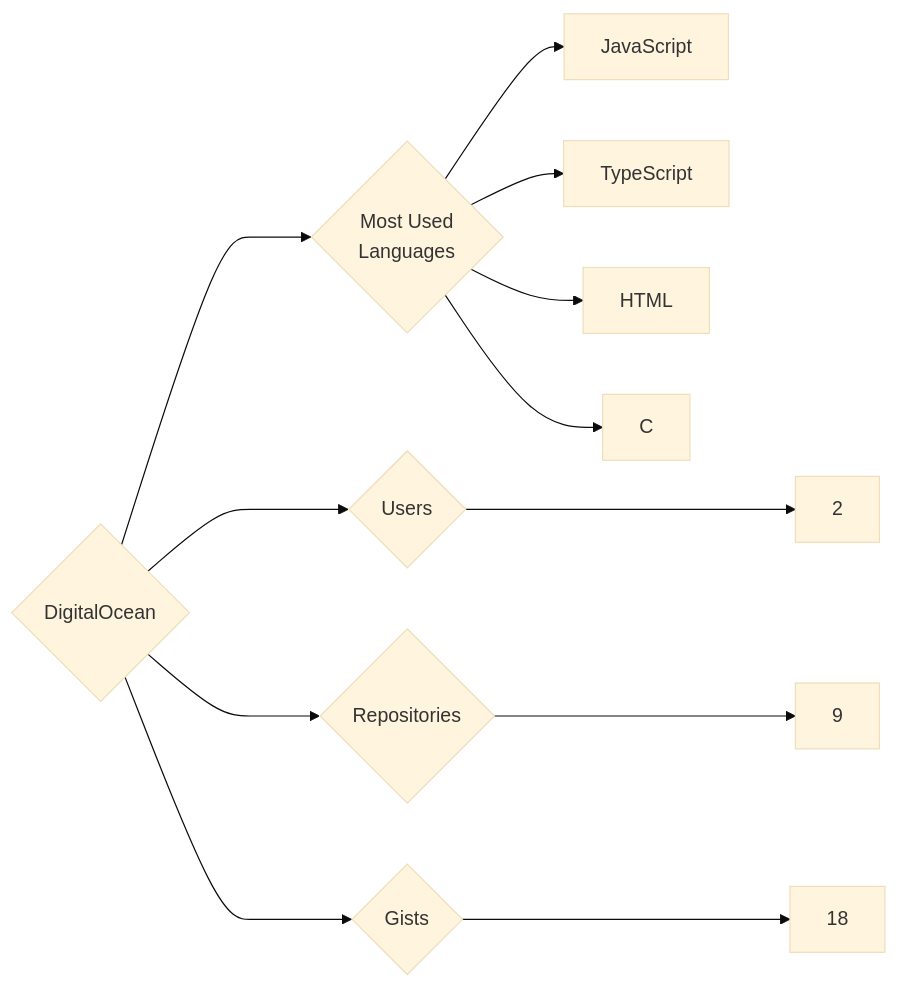
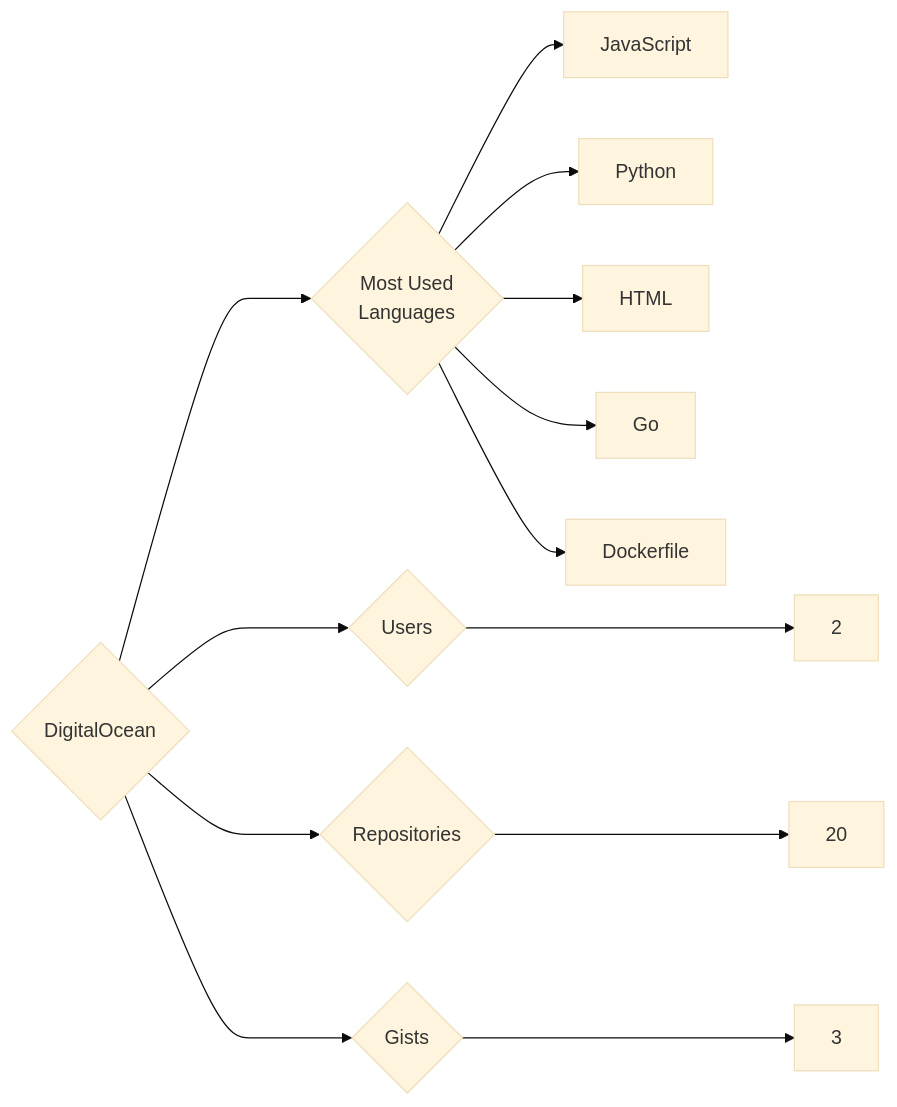
The diagram in targets/DigitalOcean/README.md (trickest/insiders), drawn with Mermaid (base theme) before and after one commit. The commit also changed 1036 other files, not shown here.

````diff
--- a/targets/DigitalOcean/README.md
+++ b/targets/DigitalOcean/README.md
@@ -3,12 +3,13 @@
 ```mermaid
 graph LR
 COMPANY_NAME{DigitalOcean}
 COMPANY_NAME ---> U{Users} ---> UN[2]
-COMPANY_NAME ---> R{Repositories} ---> RN[9]
-COMPANY_NAME ---> G{Gists} ---> GN[18]
+COMPANY_NAME ---> R{Repositories} ---> RN[20]
+COMPANY_NAME ---> G{Gists} ---> GN[3]
 COMPANY_NAME ---> ML{Most Used<br>Languages}
 ML --> JavaScript[JavaScript]
-ML --> TypeScript[TypeScript]
+ML --> Python[Python]
 ML --> HTML[HTML]
-ML --> C[C]
+ML --> Go[Go]
+ML --> Dockerfile[Dockerfile]
 ```
````
